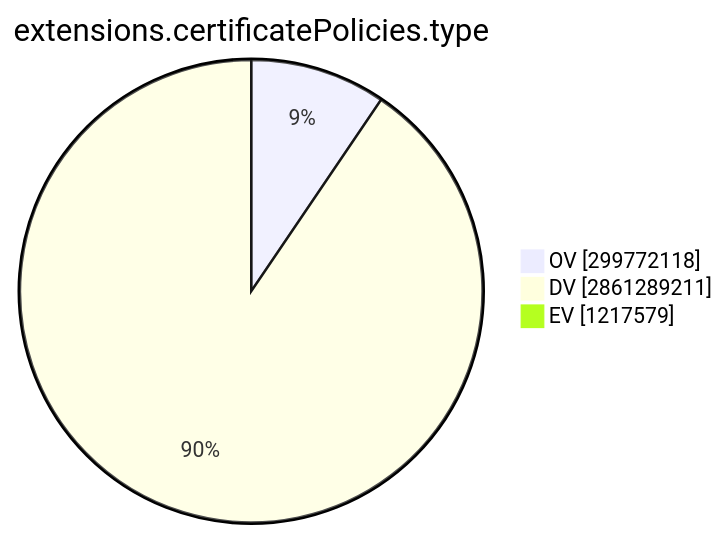
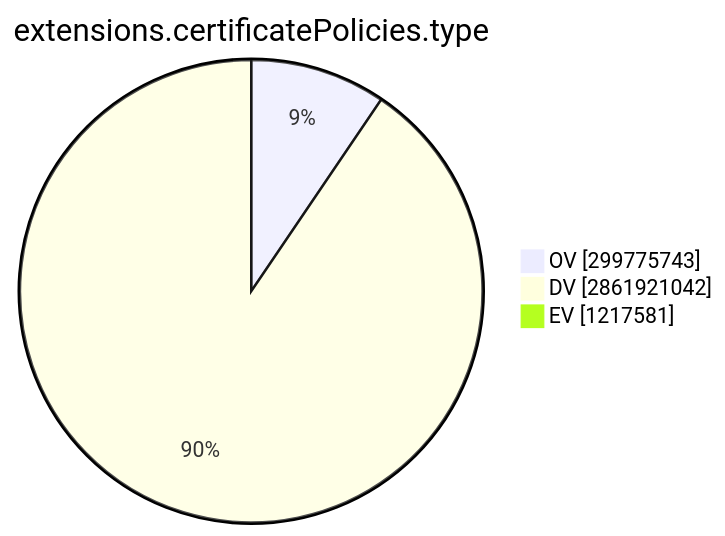
The ninth of 15 diagrams in TOTAL/README.md (christiankrug/ctmonitor_visualization), drawn with Mermaid before and after one commit. The commit also changed other lines of this file, not shown here.

````diff
--- a/TOTAL/README.md
+++ b/TOTAL/README.md
@@ -3101,7 +3101,7 @@
 ```mermaid
 pie showData
 title extensions.certificatePolicies.type
-"OV" :299772118
-"DV" :2861289211
-"EV" :1217579
+"OV" :299775743
+"DV" :2861921042
+"EV" :1217581
 ```
````
